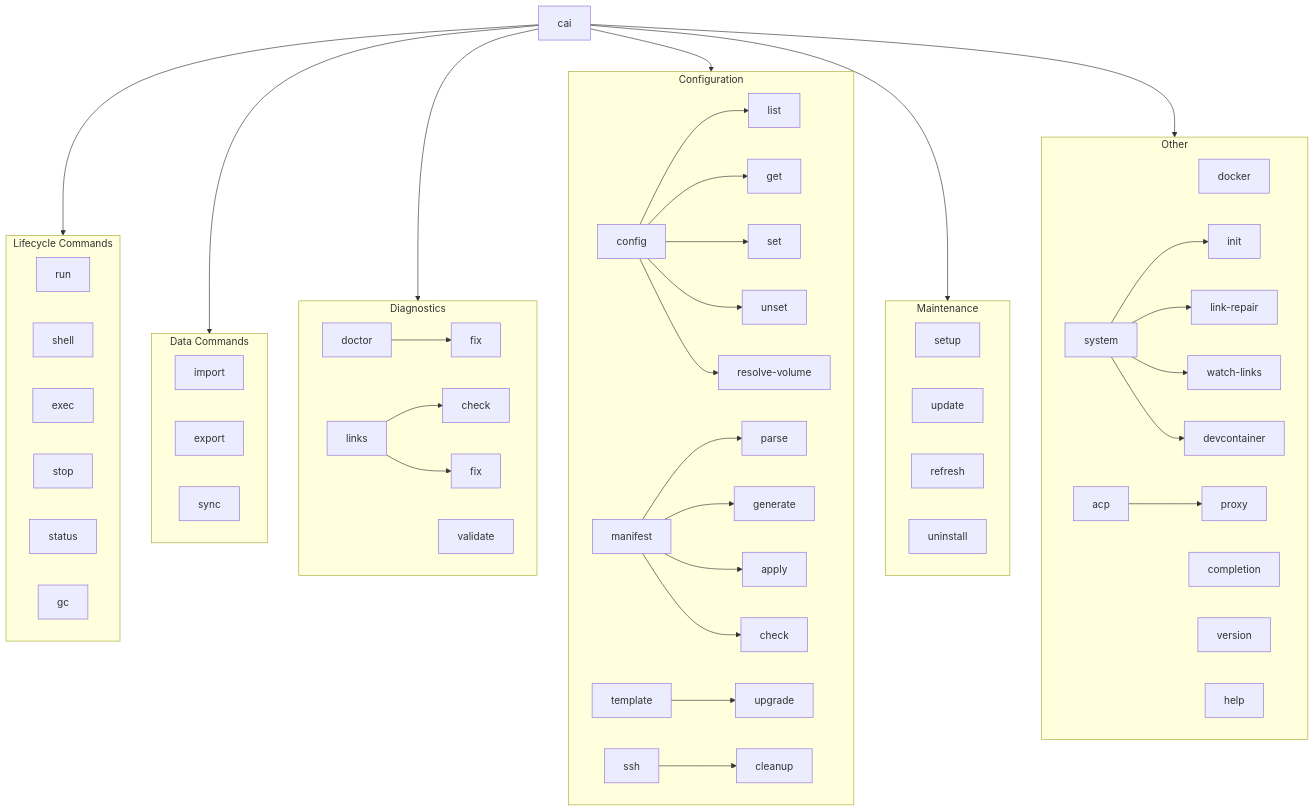
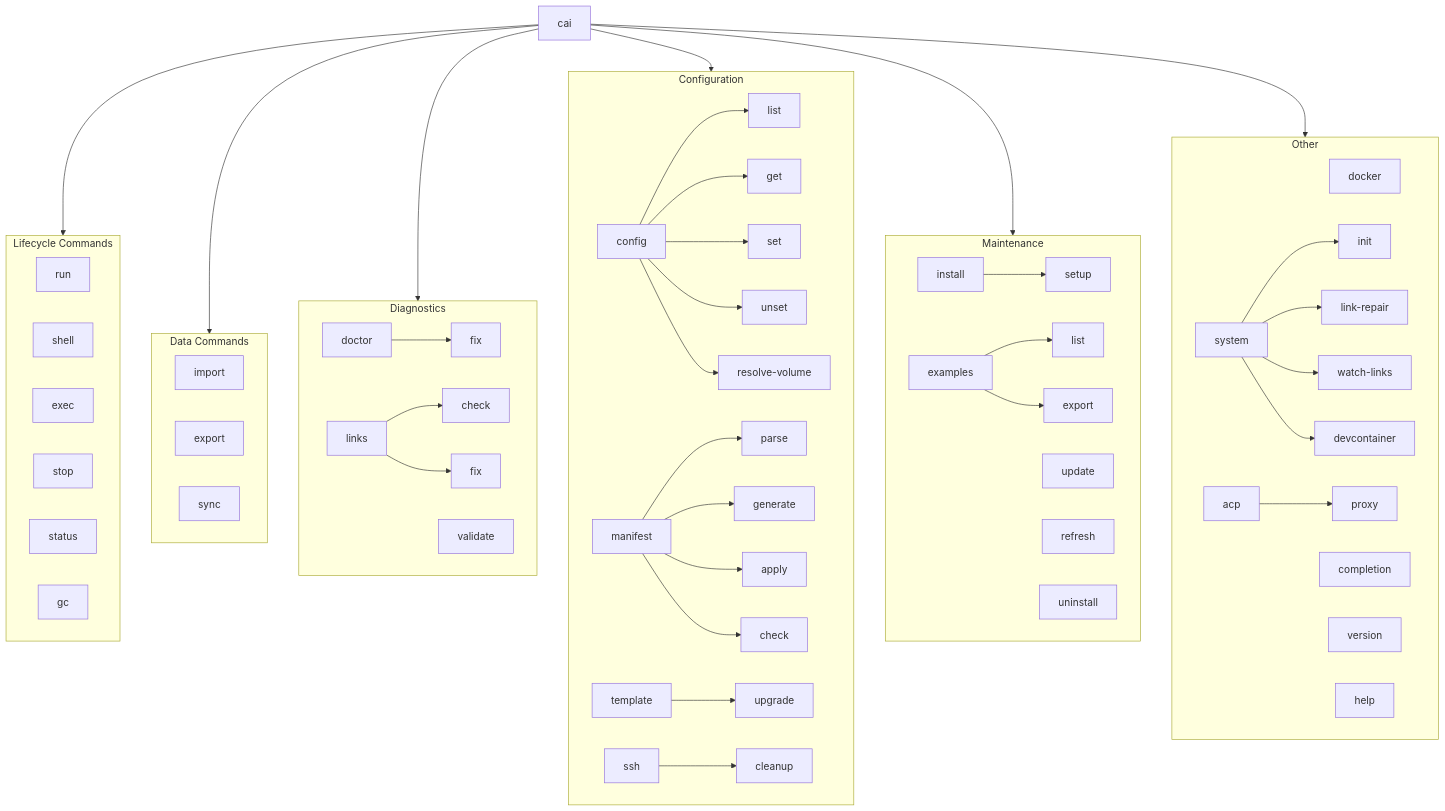
One commit to novotnyllc/ContainAI changed the diagram in docs/cli-reference.md. Above: the diagram before and after it, drawn with Mermaid. The commit also changed other lines of this file and 8 other files, not shown here.

```diff
--- a/docs/cli-reference.md
+++ b/docs/cli-reference.md
@@ -99,6 +101,10 @@
     end
 
     subgraph Maintenance["Maintenance"]
+        install[install]
+        examples[examples]
+        examples_list[list]
+        examples_export[export]
         setup[setup]
         update[update]
         refresh[refresh]
@@ -127,6 +133,9 @@
     cai --> Other
 
     doctor --> doctor_fix
+    install --> setup
+    examples --> examples_list
+    examples --> examples_export
     links --> links_check
     links --> links_fix
     config --> config_list
```
